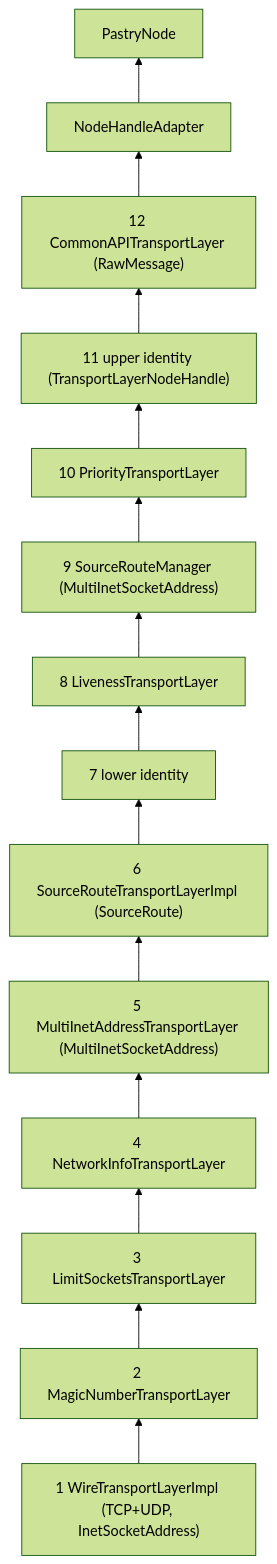
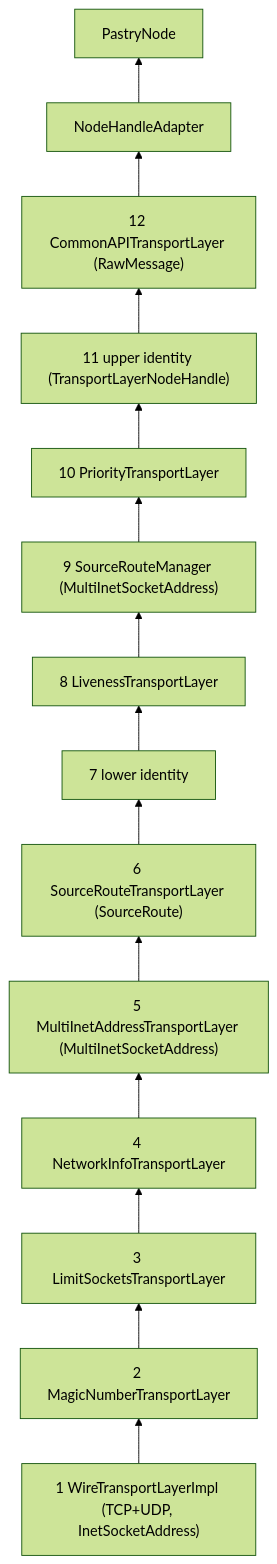
The second of 2 diagrams in docs/ARCHITECTURE.md (damoeb/freepastry), drawn with Mermaid (forest theme) before and after one commit. The commit also changed other lines of this file and 10 other files, not shown here.

First line of the commit message:
r: collapse SourceRouteTransportLayer and SourceRouteTransportLayerImpl into SourceRouteTransportLayer

````diff
--- a/docs/ARCHITECTURE.md
+++ b/docs/ARCHITECTURE.md
@@ -219,7 +219,7 @@
 ```mermaid
 flowchart BT
   W["1 WireTransportLayerImpl (TCP+UDP, InetSocketAddress)"] --> M["2 MagicNumberTransportLayer"] --> LS["3 LimitSocketsTransportLayer"] --> NI["4 NetworkInfoTransportLayer"]
-  NI --> MA["5 MultiInetAddressTransportLayer (MultiInetSocketAddress)"] --> SR["6 SourceRouteTransportLayerImpl (SourceRoute)"] --> LI["7 lower identity"] --> LV["8 LivenessTransportLayer"]
+  NI --> MA["5 MultiInetAddressTransportLayer (MultiInetSocketAddress)"] --> SR["6 SourceRouteTransportLayer (SourceRoute)"] --> LI["7 lower identity"] --> LV["8 LivenessTransportLayer"]
   LV --> SRM["9 SourceRouteManager (MultiInetSocketAddress)"] --> PR["10 PriorityTransportLayer"] --> UI["11 upper identity (TransportLayerNodeHandle)"] --> CA["12 CommonAPITransportLayer (RawMessage)"]
   CA --> NHA["NodeHandleAdapter"] --> PN["PastryNode"]
 ```
````
